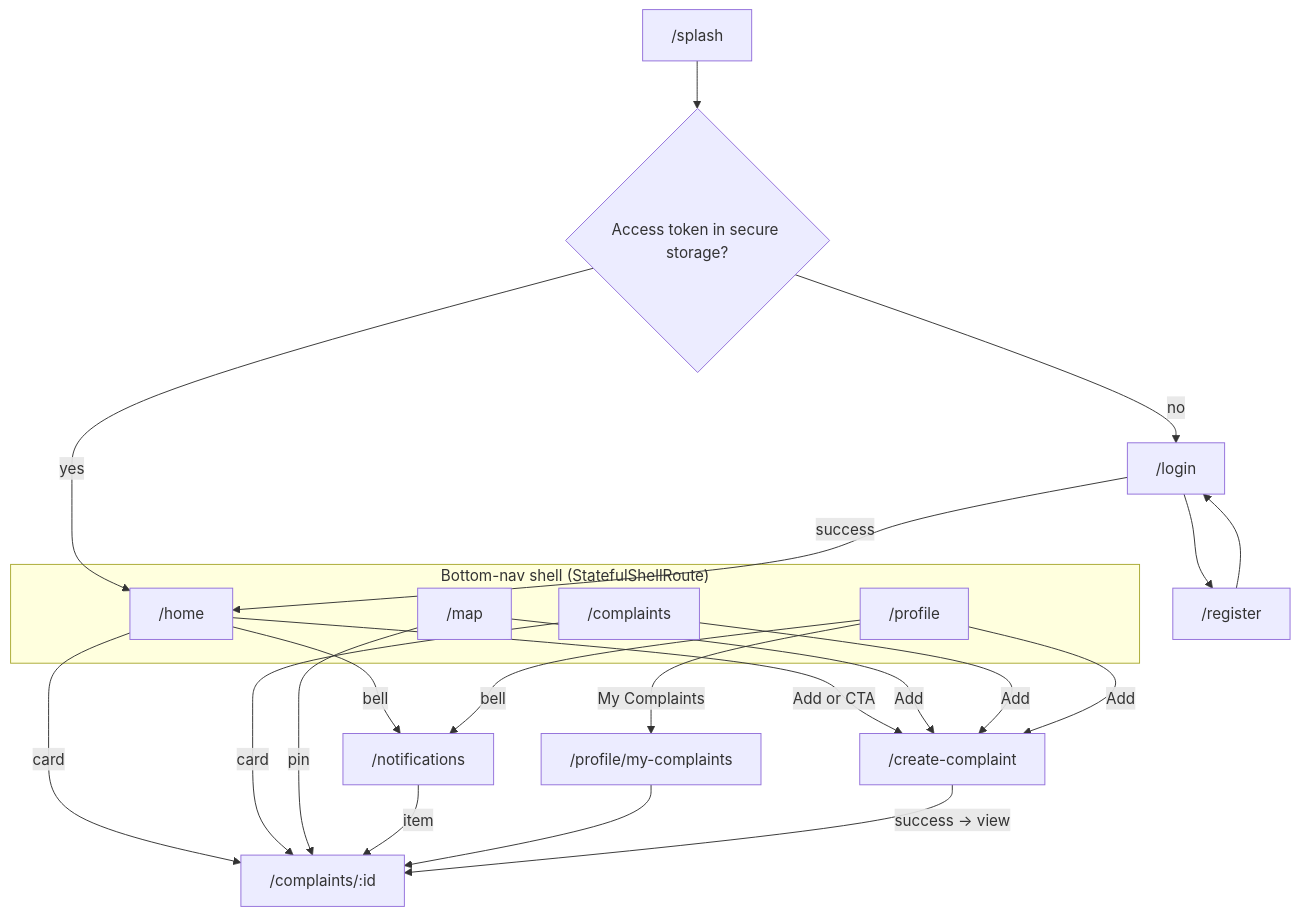
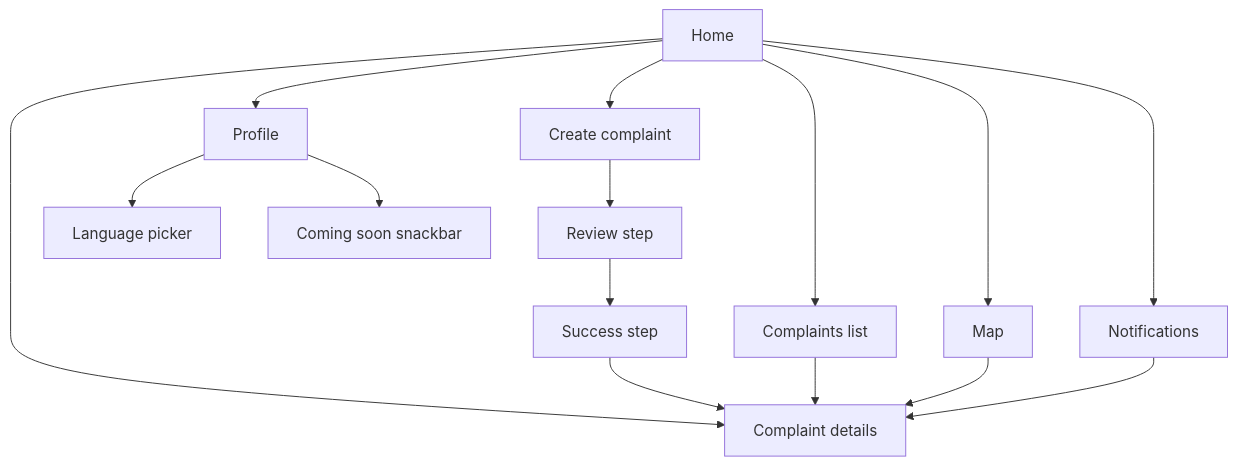
Before and after one commit to menna3lwan/sout_el_qaa: the diagram in README.md, drawn with Mermaid. The commit also changed other lines of this file and 43 other files, not shown here.

````diff
--- a/README.md
+++ b/README.md
@@ -140,31 +76,20 @@
 ```mermaid
 flowchart TD
-  Splash["/splash"] --> Token{"Access token in secure storage?"}
-  Token -->|"no"| Login["/login"]
-  Token -->|"yes"| Home["/home"]
-  Login --> Register["/register"]
-  Register --> Login
-  Login -->|"success"| Home
+  Home["Home"] --> Details["Complaint details"]
+  Home --> Notifications["Notifications"]
+  Home --> Create["Create complaint"]
+  Home --> Map["Map"]
+  Home --> Complaints["Complaints list"]
+  Home --> Profile["Profile"]
 
-  subgraph shell ["Bottom-nav shell (StatefulShellRoute)"]
-    Home
-    Map["/map"]
-    Complaints["/complaints"]
-    Profile["/profile"]
-  end
+  Create --> Review["Review step"]
+  Review --> Success["Success step"]
+  Success --> Details
 
-  Home -->|"Add or CTA"| Create["/create-complaint"]
-  Map -->|"Add"| Create
-  Complaints -->|"Add"| Create
-  Profile -->|"Add"| Create
+  Complaints --> Details
+  Map --> Details
+  Notifications --> Details
 
-  Home -->|"bell"| Notifications["/notifications"]
-  Profile -->|"bell"| Notifications
-  Home -->|"card"| Details["/complaints/:id"]
-  Complaints -->|"card"| Details
-  Map -->|"pin"| Details
-  Notifications -->|"item"| Details
-  Profile -->|"My Complaints"| Mine["/profile/my-complaints"]
-  Mine --> Details
-  Create -->|"success → view"| Details
+  Profile --> Language["Language picker"]
+  Profile --> ComingSoon["Coming soon snackbar"]
 ```
````
